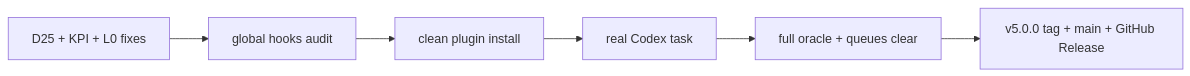
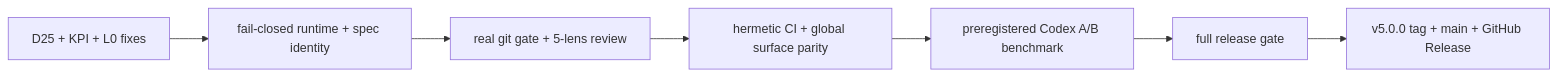
Before and after one commit to prodelt/elt-harness: the diagram in specs/020-elt-v5-codex-release-certification/spec.md, drawn with Mermaid. The commit also changed other lines of this file and 17 other files, not shown here.

First line of the commit message:
chore: approve spec 020-elt-v5-codex-release-certification

````diff
--- a/specs/020-elt-v5-codex-release-certification/spec.md
+++ b/specs/020-elt-v5-codex-release-certification/spec.md
@@ -75,8 +126,9 @@
 ```mermaid
 flowchart LR
-  A[D25 + KPI + L0 fixes] --> B[global hooks audit]
-  B --> C[clean plugin install]
-  C --> D[real Codex task]
-  D --> E[full oracle + queues clear]
-  E --> F[v5.0.0 tag + main + GitHub Release]
+  A[D25 + KPI + L0 fixes] --> B[fail-closed runtime + spec identity]
+  B --> C[real git gate + 5-lens review]
+  C --> D[hermetic CI + global surface parity]
+  D --> E[preregistered Codex A/B benchmark]
+  E --> F[full release gate]
+  F --> G[v5.0.0 tag + main + GitHub Release]
 ```
````
